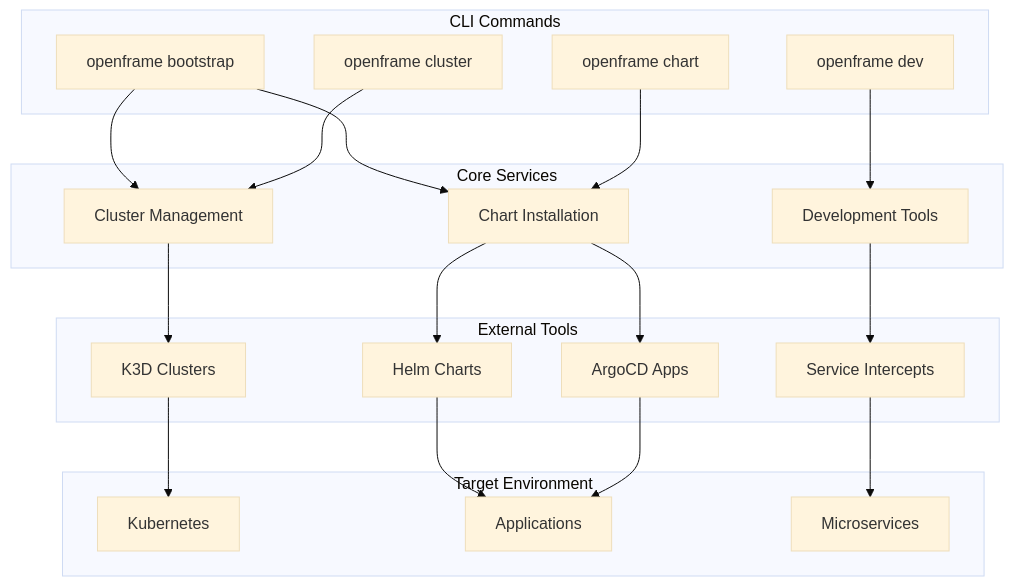
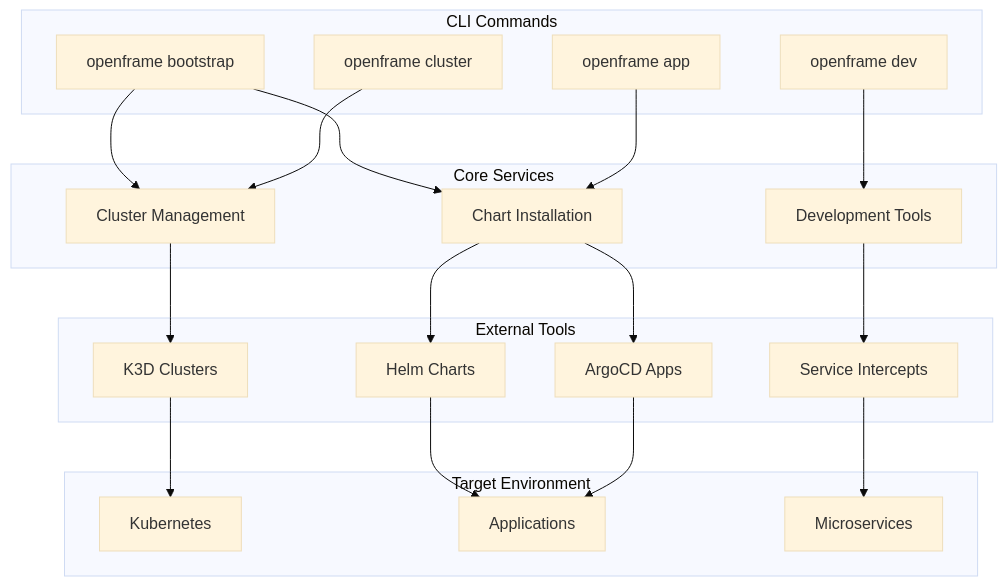
One commit to flamingo-stack/openframe-cli changed the diagram in README.md. Above: the diagram before and after it, drawn with Mermaid (base theme). The commit also changed other lines of this file, not shown here.

````diff
--- a/README.md
+++ b/README.md
@@ -51,44 +51,44 @@
 ```mermaid
 graph TB
     subgraph "CLI Commands"
         Bootstrap[openframe bootstrap]
         Cluster[openframe cluster]
-        Chart[openframe chart]
+        App[openframe app]
         Dev[openframe dev]
     end
     
     subgraph "Core Services"
         ClusterSvc[Cluster Management]
         ChartSvc[Chart Installation]
         DevSvc[Development Tools]
     end
     
     subgraph "External Tools"
         K3D[K3D Clusters]
         Helm[Helm Charts]
         ArgoCD[ArgoCD Apps]
         Telepresence[Service Intercepts]
     end
     
     subgraph "Target Environment"
         K8s[Kubernetes]
         Apps[Applications]
         Services[Microservices]
     end
     
     Bootstrap --> ClusterSvc
     Bootstrap --> ChartSvc
     Cluster --> ClusterSvc
-    Chart --> ChartSvc
+    App --> ChartSvc
     Dev --> DevSvc
     
     ClusterSvc --> K3D
     ChartSvc --> Helm
     ChartSvc --> ArgoCD
     DevSvc --> Telepresence
     
     K3D --> K8s
     Helm --> Apps
     ArgoCD --> Apps
     Telepresence --> Services
 ```
````
